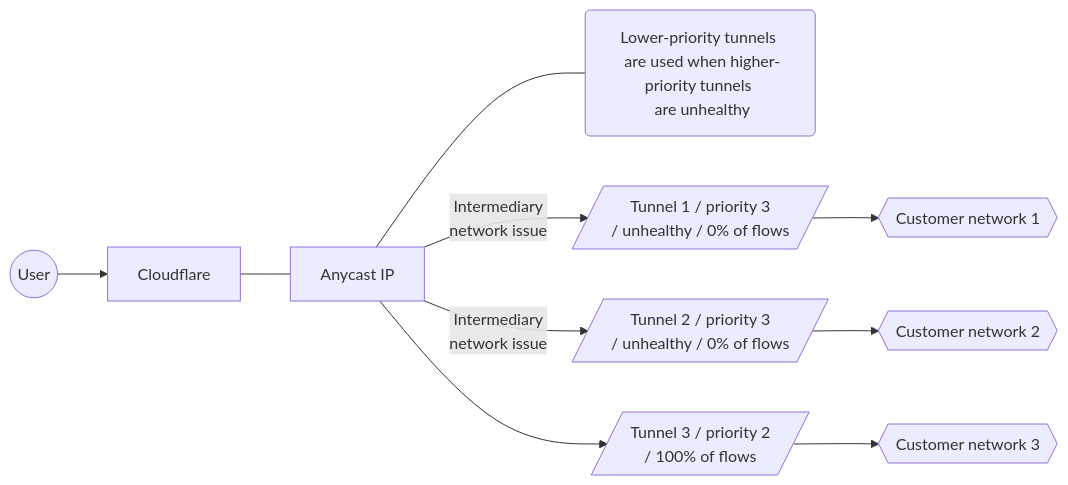
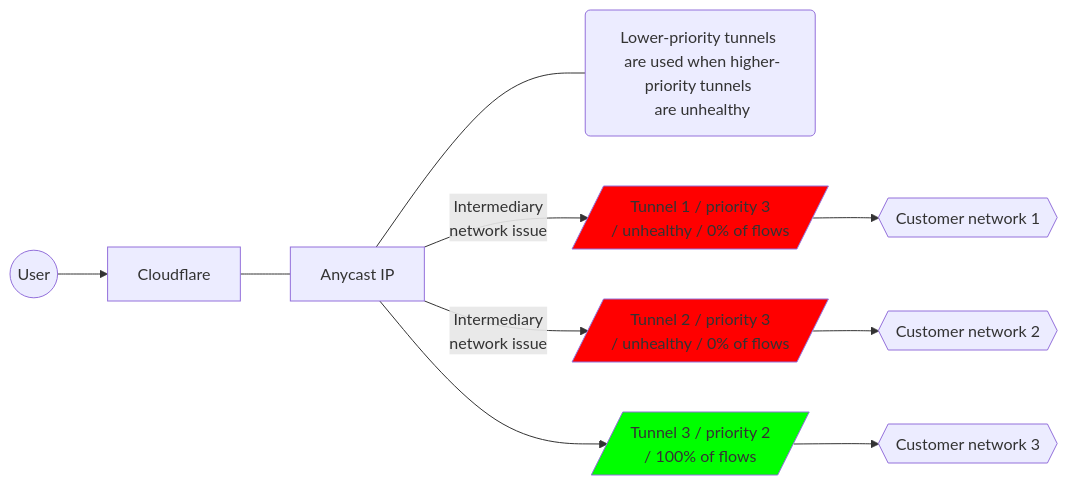
Before and after one commit to cloudflare/cloudflare-docs: the fourth of 4 diagrams in content/magic-wan/reference/traffic-steering.md, drawn with Mermaid. The commit also changed other lines of this file, not shown here.

Commit message:
addec color

````diff
--- a/content/magic-wan/reference/traffic-steering.md
+++ b/content/magic-wan/reference/traffic-steering.md
@@ -85,9 +87,11 @@
 ```mermaid
 flowchart LR
+classDef red fill:#FF0000
+classDef green fill:#00FF00
 accTitle: Tunnels diagram
 accDescr: The example in this diagram has three tunnel routes. Tunnels 1 and 2 have top priority and Tunnel 3 is secondary.
 A((User)) --> B[Cloudflare] --- C[Anycast IP] --- D(Lower-priority tunnels <br> are used when higher-priority tunnels <br> are unhealthy)
-C[Anycast IP]  -- Intermediary <br> network issue -->  E[/Tunnel 1 / priority 3 <br> / unhealthy / 0% of flows/] --> H{{Customer network 1}}
-C[Anycast IP]  -- Intermediary <br> network issue -->  F[/Tunnel 2 / priority 3 <br> / unhealthy / 0% of flows/] --> I{{Customer network 2}}
-C[Anycast IP] -->  G[/Tunnel 3 / priority 2 <br> / 100% of flows/] --> J{{Customer network 3}}
+C[Anycast IP]  -- Intermediary <br> network issue -->  E[/Tunnel 1 / priority 3 <br> / unhealthy / 0% of flows/]:::red --> H{{Customer network 1}}
+C[Anycast IP]  -- Intermediary <br> network issue -->  F[/Tunnel 2 / priority 3 <br> / unhealthy / 0% of flows/]:::red --> I{{Customer network 2}}
+C[Anycast IP] -->  G[/Tunnel 3 / priority 2 <br> / 100% of flows/]:::green --> J{{Customer network 3}}
 ```
````
